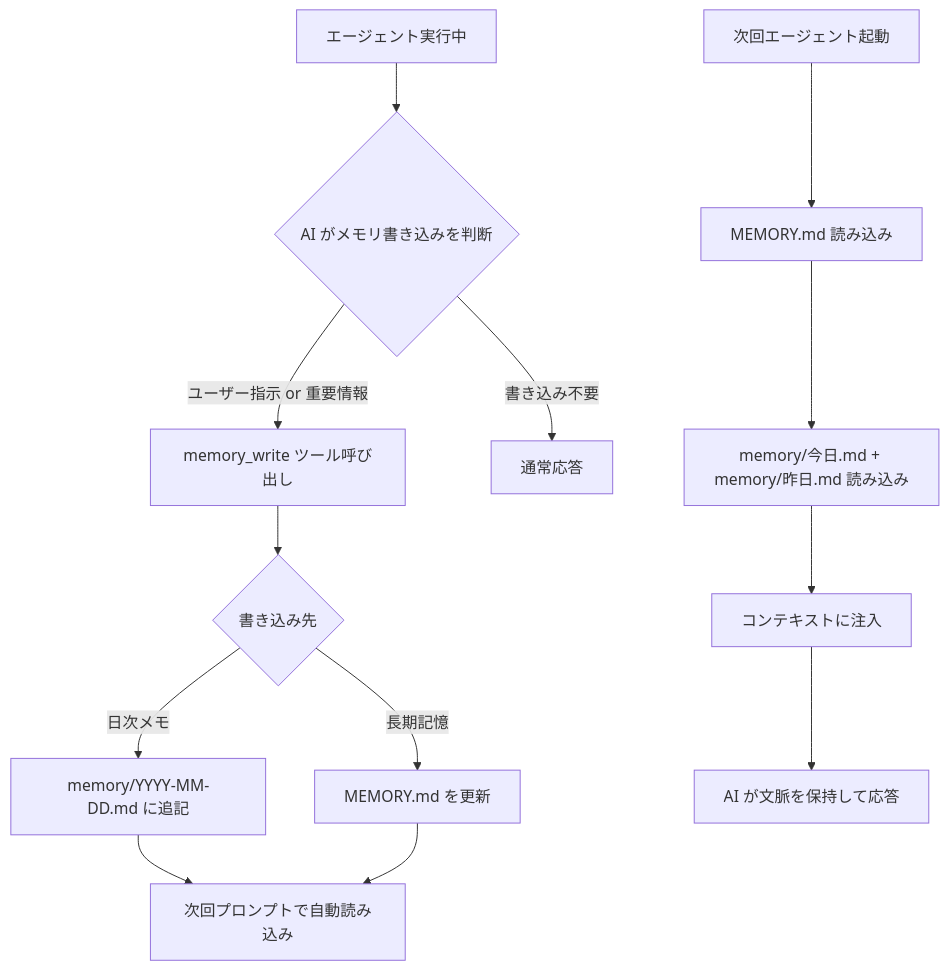
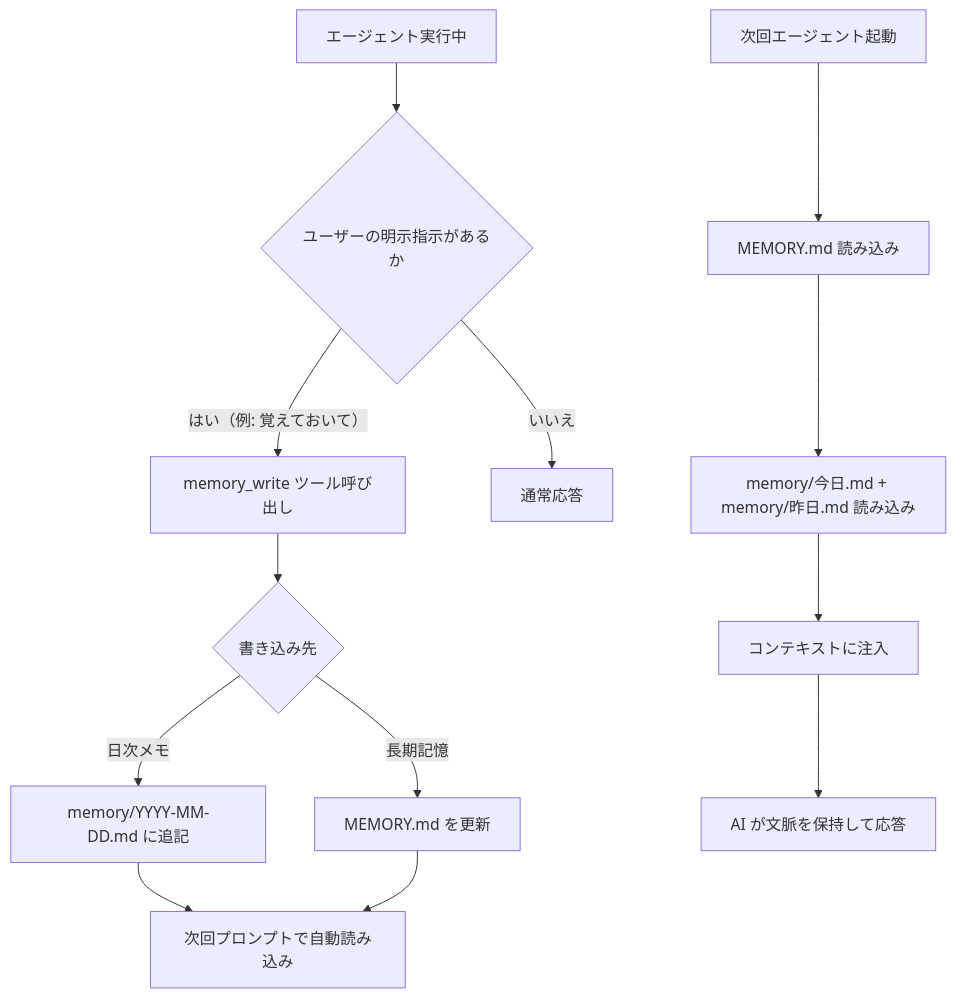
One commit to masahide/adjutant changed the fourth of 5 diagrams in doc/plan/260214-s01-ai-assistant-mvp.md. Above: the diagram before and after it, drawn with Mermaid. The commit also changed other lines of this file and 4 other files, not shown here.

````diff
--- a/doc/plan/260214-s01-ai-assistant-mvp.md
+++ b/doc/plan/260214-s01-ai-assistant-mvp.md
@@ -1068,16 +1113,16 @@
 ```mermaid
 flowchart TD
-    A["エージェント実行中"] --> B{AI がメモリ書き込みを判断}
-    B -->|"ユーザー指示 or 重要情報"| C["memory_write ツール呼び出し"]
-    B -->|"書き込み不要"| D["通常応答"]
+    A["エージェント実行中"] --> B{"ユーザーの明示指示があるか"}
+    B -->|"はい（例: 覚えておいて）"| C["memory_write ツール呼び出し"]
+    B -->|"いいえ"| D["通常応答"]
     C --> E{"書き込み先"}
     E -->|"日次メモ"| F["memory/YYYY-MM-DD.md に追記"]
     E -->|"長期記憶"| G["MEMORY.md を更新"]
     F --> H["次回プロンプトで自動読み込み"]
     G --> H
 
     I["次回エージェント起動"] --> J["MEMORY.md 読み込み"]
     J --> K["memory/今日.md + memory/昨日.md 読み込み"]
     K --> L["コンテキストに注入"]
     L --> M["AI が文脈を保持して応答"]
 ```
````
